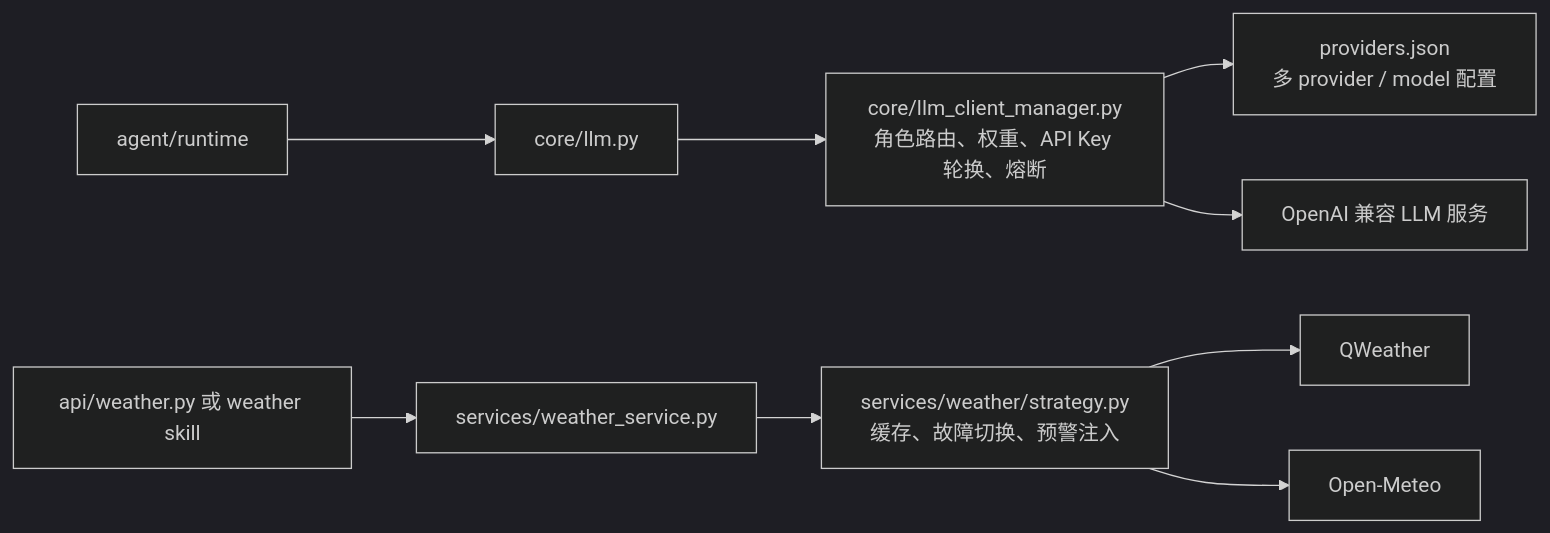
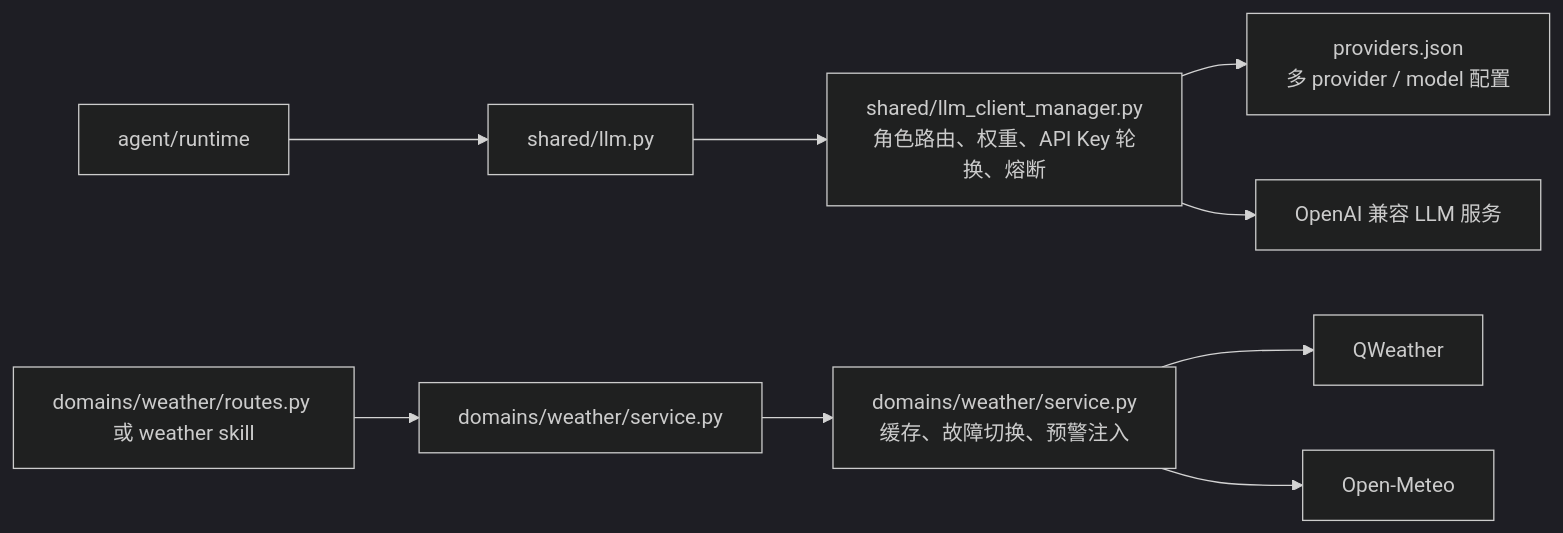
Before and after one commit to ArtLjn/agriagent-os: the seventh of 8 diagrams in docs/architecture/backend-architecture.md, drawn with Mermaid (dark theme). The commit also changed other lines of this file and 5 other files, not shown here.

````diff
--- a/docs/architecture/backend-architecture.md
+++ b/docs/architecture/backend-architecture.md
@@ -184,20 +191,20 @@
 ```mermaid
 flowchart LR
     Runtime["agent/runtime"]
-    LLMFactory["core/llm.py"]
-    Manager["core/llm_client_manager.py\n角色路由、权重、API Key 轮换、熔断"]
+    LLMFactory["shared/llm.py"]
+    Manager["shared/llm_client_manager.py\n角色路由、权重、API Key 轮换、熔断"]
     Providers["providers.json\n多 provider / model 配置"]
     LLM["OpenAI 兼容 LLM 服务"]
 
-    WeatherAPI["api/weather.py 或 weather skill"]
-    WeatherSvc["services/weather_service.py"]
-    Strategy["services/weather/strategy.py\n缓存、故障切换、预警注入"]
+    WeatherAPI["domains/weather/routes.py 或 weather skill"]
+    WeatherSvc["domains/weather/service.py"]
+    Strategy["domains/weather/service.py\n缓存、故障切换、预警注入"]
     QWeather["QWeather"]
     OpenMeteo["Open-Meteo"]
 
     Runtime --> LLMFactory --> Manager --> Providers
     Manager --> LLM
     WeatherAPI --> WeatherSvc --> Strategy
     Strategy --> QWeather
     Strategy --> OpenMeteo
 ```
````
